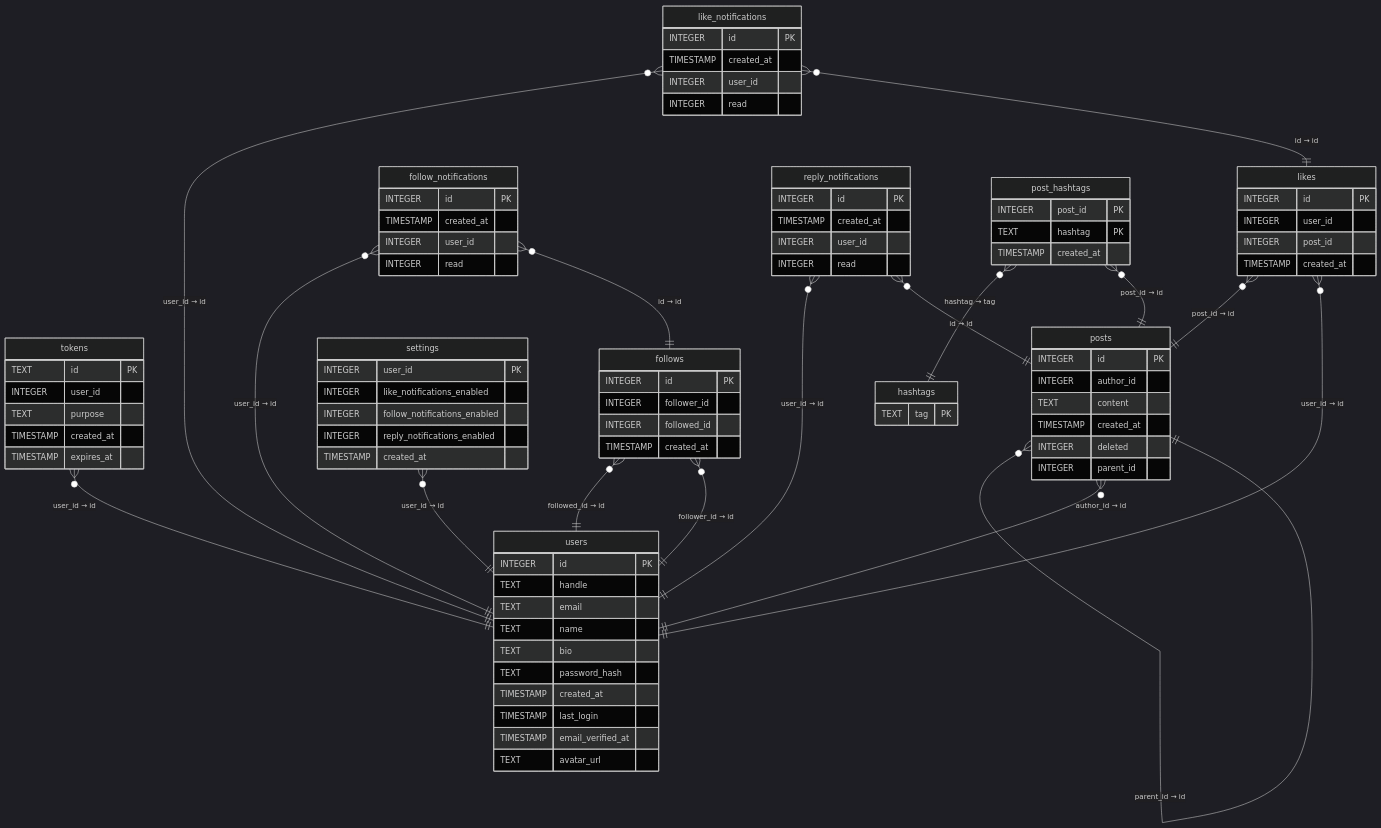
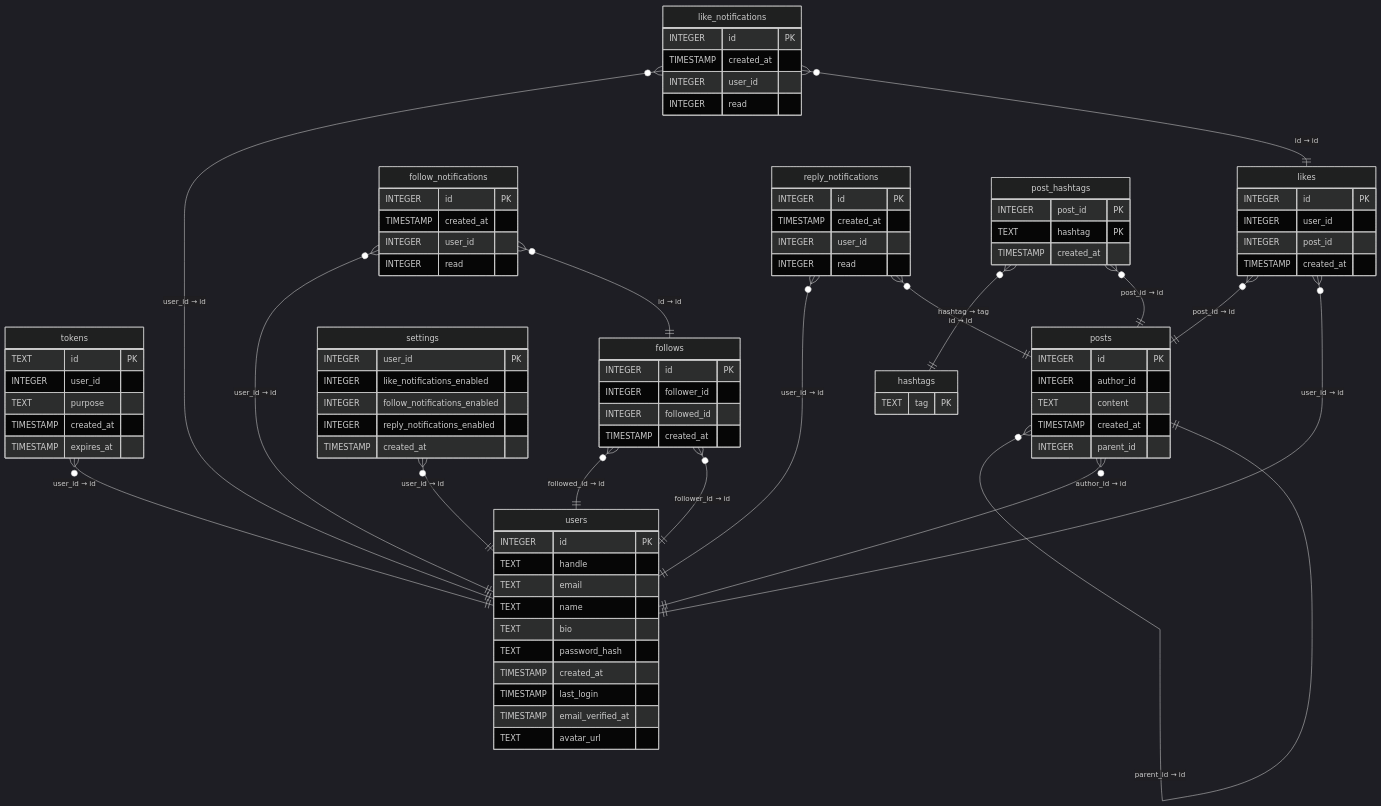
The diagram in DATABASE.md (ScriptRaccoon/twelte), drawn with Mermaid (dark theme) before and after one commit. The commit also changed 5 other files, not shown here.

```diff
--- a/DATABASE.md
+++ b/DATABASE.md
@@ -32,7 +32,6 @@
     INTEGER author_id
     TEXT content
     TIMESTAMP created_at
-    INTEGER deleted
     INTEGER parent_id
   }
   likes {
```
